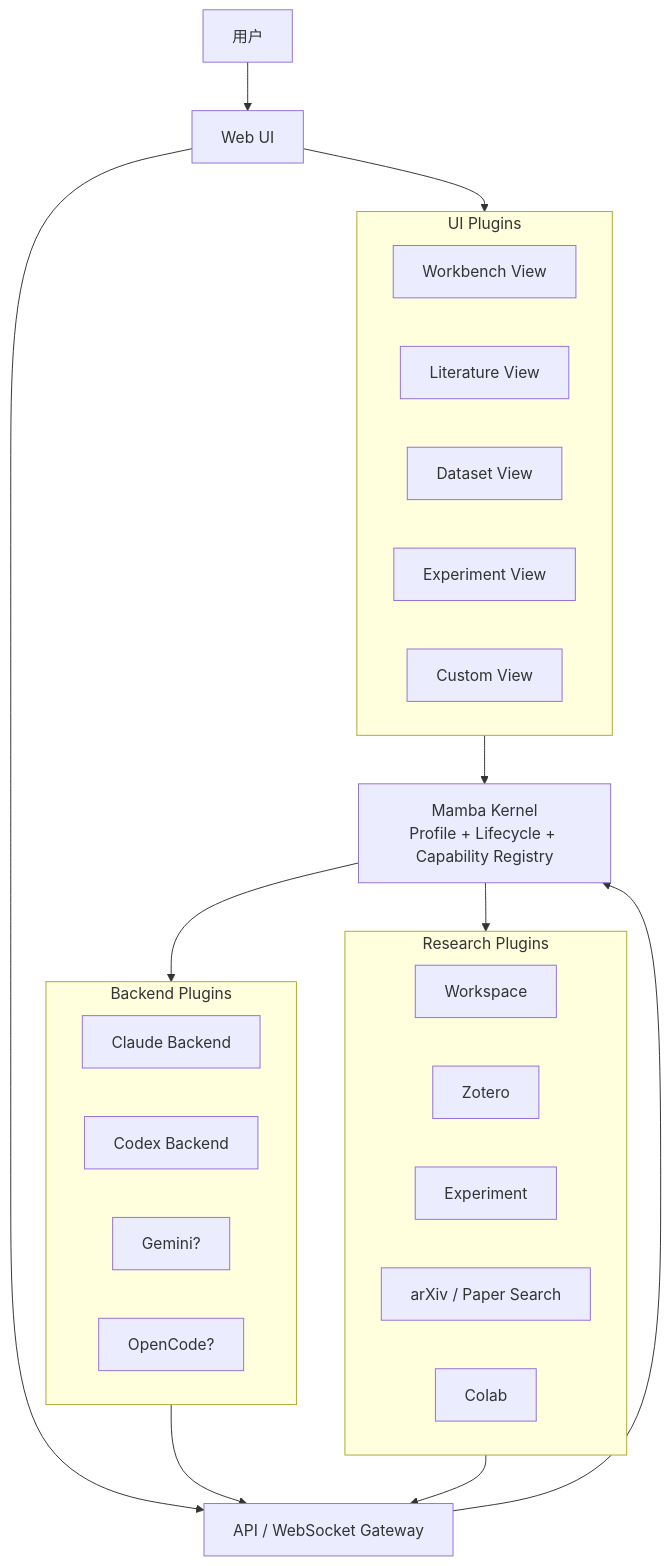
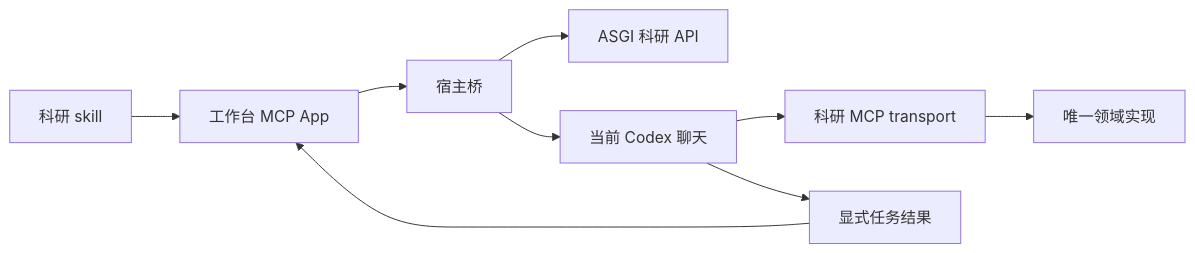
The diagram in docs/live/架构设计/mamba-kernel-plugin-architecture.md (szaaaaaa/MambaResearch), drawn with Mermaid before and after one commit. The commit also changed other lines of this file and 237 other files, not shown here.

First line of the commit message:
feat: ship MambaResearch as a standalone Codex plugin

````diff
--- a/docs/live/架构设计/mamba-kernel-plugin-architecture.md
+++ b/docs/live/架构设计/mamba-kernel-plugin-architecture.md
@@ -90,40 +5,11 @@
 ```mermaid
-flowchart TB
-    User[用户]
-    UI[Web UI]
-    Kernel[Mamba Kernel\nProfile + Lifecycle + Capability Registry]
-    API[API / WebSocket Gateway]
-
-    subgraph BackendPlugins[Backend Plugins]
-      Claude[Claude Backend]
-      Codex[Codex Backend]
-      Gemini[Gemini?]
-      OpenCode[OpenCode?]
-    end
-
-    subgraph ResearchPlugins[Research Plugins]
-      Workspace[Workspace]
-      Zotero[Zotero]
-      Experiment[Experiment]
-      Papers[arXiv / Paper Search]
-      Colab[Colab]
-    end
-
-    subgraph UIPlugins[UI Plugins]
-      Workbench[Workbench View]
-      Literature[Literature View]
-      Dataset[Dataset View]
-      ExperimentView[Experiment View]
-      Custom[Custom View]
-    end
-
-    User --> UI
-    UI --> API
-    API --> Kernel
-    Kernel --> BackendPlugins
-    Kernel --> ResearchPlugins
-    UI --> UIPlugins
-    BackendPlugins --> API
-    ResearchPlugins --> API
-    UIPlugins --> Kernel
+flowchart LR
+  Skill[科研 skill] --> UI[工作台 MCP App]
+  UI --> Bridge[宿主桥]
+  Bridge --> API[ASGI 科研 API]
+  Bridge --> Chat[当前 Codex 聊天]
+  Chat --> MCP[科研 MCP transport]
+  MCP --> Domain[唯一领域实现]
+  Chat --> Result[显式任务结果]
+  Result --> UI
 ```
````
